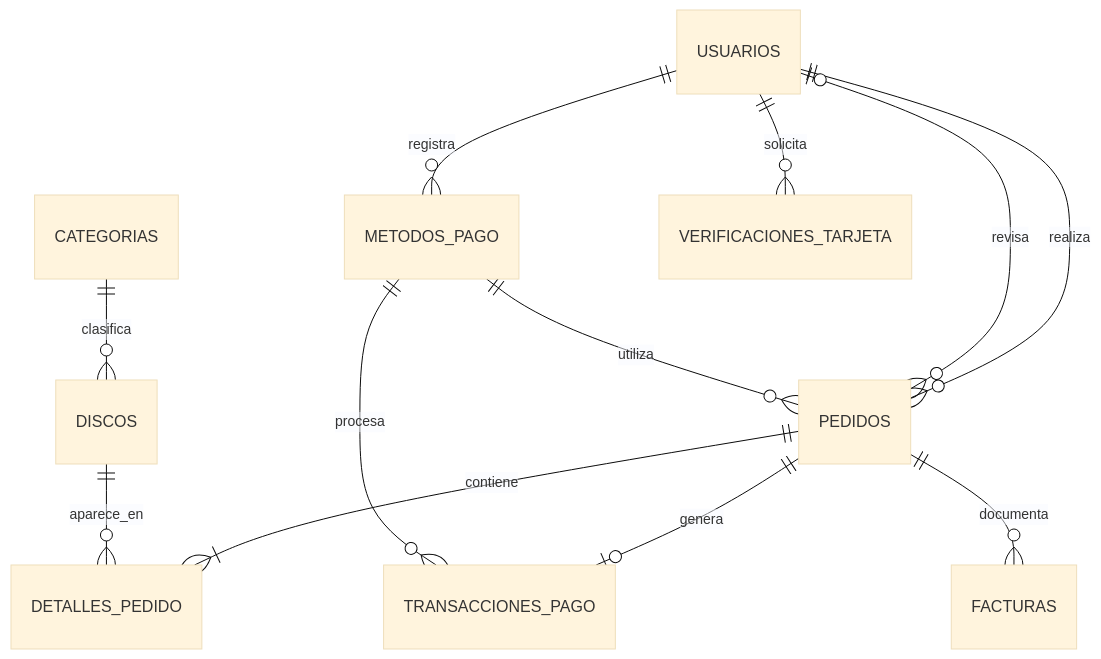
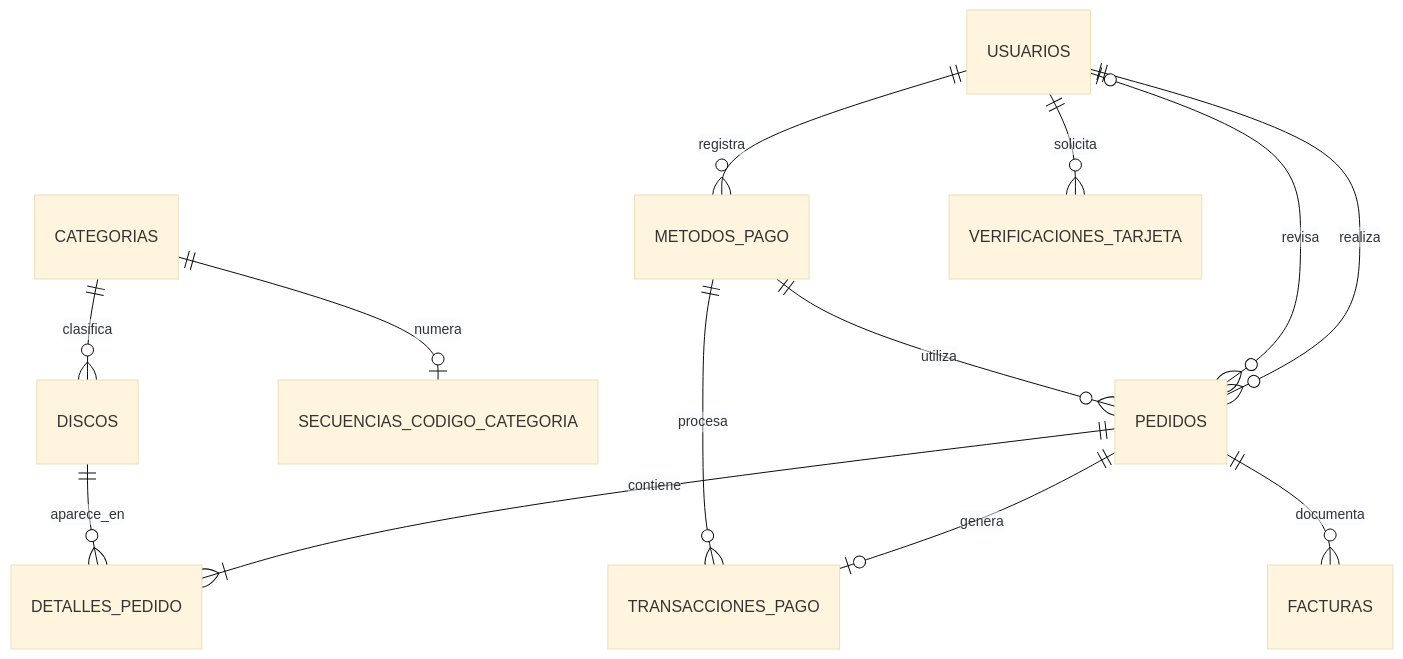
One commit to Martina350/new-records-ecommerce changed the diagram in docs/MODELO_ENTIDAD_RELACION.md. Above: the diagram before and after it, drawn with Mermaid (base theme). The commit also changed other lines of this file and 15 other files, not shown here.

````diff
--- a/docs/MODELO_ENTIDAD_RELACION.md
+++ b/docs/MODELO_ENTIDAD_RELACION.md
@@ -9,14 +9,15 @@
 ```mermaid
 erDiagram
     CATEGORIAS ||--o{ DISCOS : clasifica
+    CATEGORIAS ||--o| SECUENCIAS_CODIGO_CATEGORIA : numera
     USUARIOS ||--o{ METODOS_PAGO : registra
     USUARIOS ||--o{ VERIFICACIONES_TARJETA : solicita
     USUARIOS ||--o{ PEDIDOS : realiza
     USUARIOS o|--o{ PEDIDOS : revisa
     METODOS_PAGO ||--o{ PEDIDOS : utiliza
     PEDIDOS ||--|{ DETALLES_PEDIDO : contiene
     DISCOS ||--o{ DETALLES_PEDIDO : aparece_en
     PEDIDOS ||--o| TRANSACCIONES_PAGO : genera
     METODOS_PAGO ||--o{ TRANSACCIONES_PAGO : procesa
     PEDIDOS ||--o{ FACTURAS : documenta
 ```
````
